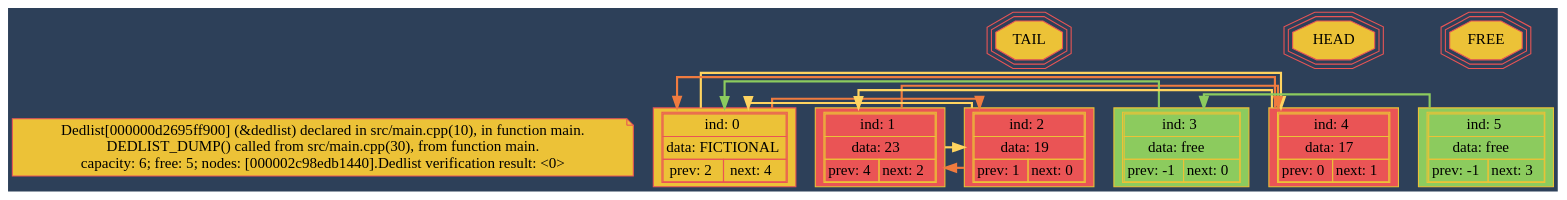
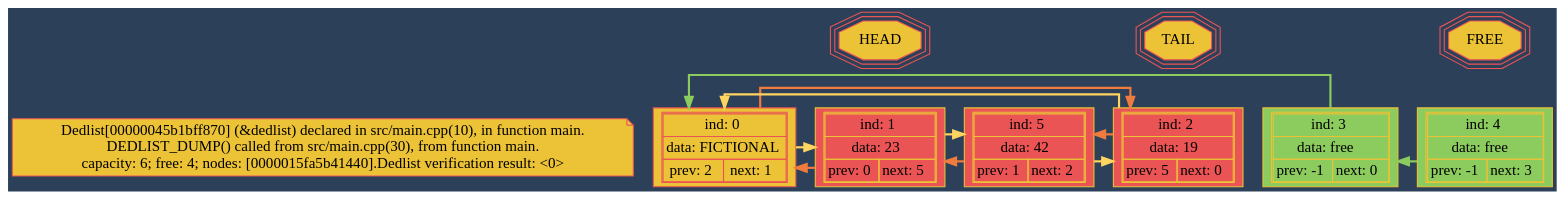
The diagram in dumps/dedlist_dump.dot (Feanor-19/dedlist), drawn with Graphviz before and after one commit. The commit also changed 4 other files, not shown here.

```diff
--- a/dumps/dedlist_dump.dot
+++ b/dumps/dedlist_dump.dot
@@ -1,99 +1,99 @@
 digraph{
 splines=ortho;
 bgcolor="#2D4059";
 
 
 NODE_TEXT[shape=note, fontname="verdana",
 style=bold, style=filled,
 color="#EA5455", fillcolor="#ECC237",
-label = "Dedlist[000000d2695ff900] (&dedlist) declared in src/main.cpp(10), in function main.\nDEDLIST_DUMP() called from src/main.cpp(30), from function main.\ncapacity: 6; free: 5; nodes: [000002c98edb1440].Dedlist verification result: <0>
+label = "Dedlist[00000045b1bff870] (&dedlist) declared in src/main.cpp(10), in function main.\nDEDLIST_DUMP() called from src/main.cpp(30), from function main.\ncapacity: 6; free: 4; nodes: [0000015fa5b41440].Dedlist verification result: <0>
 "]
 
 
 NODE_0[shape="record", fontname="verdana",
 style=bold, style=filled,
 color="#EA5455", fillcolor="#ECC237",
 label = <<table cellspacing="0">
 <tr><td colspan="2">ind: 0</td></tr>
 <tr><td colspan="2">data: FICTIONAL</td></tr>
-<tr><td>prev: 2</td><td>next: 4</td></tr></table>>];
+<tr><td>prev: 2</td><td>next: 1</td></tr></table>>];
 
 
 NODE_1[shape="record", fontname="verdana",
 style=bold, style=filled,
 color="#ECC237", fillcolor="#EA5455",
 label = <<table cellspacing="0">
 <tr><td colspan="2">ind: 1</td></tr>
 <tr><td colspan="2">data: 23</td></tr>
-<tr><td>prev: 4</td><td>next: 2</td></tr></table>>];
+<tr><td>prev: 0</td><td>next: 5</td></tr></table>>];
 
 NODE_2[shape="record", fontname="verdana",
 style=bold, style=filled,
 color="#ECC237", fillcolor="#EA5455",
 label = <<table cellspacing="0">
 <tr><td colspan="2">ind: 2</td></tr>
 <tr><td colspan="2">data: 19</td></tr>
-<tr><td>prev: 1</td><td>next: 0</td></tr></table>>];
+<tr><td>prev: 5</td><td>next: 0</td></tr></table>>];
 
 NODE_3[shape="record", fontname="verdana",
 style=bold, style=filled,
 color="#ECC237", fillcolor="#8ccb5e",
 label = <<table cellspacing="0">
 <tr><td colspan="2">ind: 3</td></tr>
 <tr><td colspan="2">data: free</td></tr>
 <tr><td>prev: -1</td><td>next: 0</td></tr></table>>];
 
 NODE_4[shape="record", fontname="verdana",
 style=bold, style=filled,
-color="#ECC237", fillcolor="#EA5455",
+color="#ECC237", fillcolor="#8ccb5e",
 label = <<table cellspacing="0">
 <tr><td colspan="2">ind: 4</td></tr>
-<tr><td colspan="2">data: 17</td></tr>
-<tr><td>prev: 0</td><td>next: 1</td></tr></table>>];
+<tr><td colspan="2">data: free</td></tr>
+<tr><td>prev: -1</td><td>next: 3</td></tr></table>>];
 
 NODE_5[shape="record", fontname="verdana",
 style=bold, style=filled,
-color="#ECC237", fillcolor="#8ccb5e",
+color="#ECC237", fillcolor="#EA5455",
 label = <<table cellspacing="0">
 <tr><td colspan="2">ind: 5</td></tr>
-<tr><td colspan="2">data: free</td></tr>
-<tr><td>prev: -1</td><td>next: 3</td></tr></table>>];
+<tr><td colspan="2">data: 42</td></tr>
+<tr><td>prev: 1</td><td>next: 2</td></tr></table>>];
 
 HEAD[shape=tripleoctagon, style=filled,
 fontname="verdana", color="#EA5455", fillcolor="#ECC237"];
 
 TAIL[shape=tripleoctagon, style=filled,
 fontname="verdana", color="#EA5455", fillcolor="#ECC237"];
 
 FREE[shape=tripleoctagon, style=filled,
 fontname="verdana", color="#EA5455", fillcolor="#ECC237"];
 
 
 {rank=same; NODE_TEXT NODE_0 NODE_1 NODE_2 NODE_3 NODE_4 NODE_5 }
 NODE_TEXT->NODE_0[weight=10, style=invis];
 NODE_0->NODE_1[weight=10, style=invis];
 NODE_1->NODE_2[weight=10, style=invis];
 NODE_2->NODE_3[weight=10, style=invis];
 NODE_3->NODE_4[weight=10, style=invis];
 NODE_4->NODE_5[weight=10, style=invis];
-HEAD->NODE_4[style=invis];
+HEAD->NODE_1[style=invis];
 TAIL->NODE_2[style=invis];
-FREE->NODE_5[style=invis];
+FREE->NODE_4[style=invis];
 
 
 NODE_0->NODE_2[color="#F07B3F", penwidth=2];
-NODE_0->NODE_4[color="#FFD460", penwidth=2];
+NODE_0->NODE_1[color="#FFD460", penwidth=2];
 
-NODE_1->NODE_4[color="#F07B3F", penwidth=2];
-NODE_1->NODE_2[color="#FFD460", penwidth=2];
+NODE_1->NODE_0[color="#F07B3F", penwidth=2];
+NODE_1->NODE_5[color="#FFD460", penwidth=2];
 
-NODE_2->NODE_1[color="#F07B3F", penwidth=2];
+NODE_2->NODE_5[color="#F07B3F", penwidth=2];
 NODE_2->NODE_0[color="#FFD460", penwidth=2];
 
 NODE_3->NODE_0[color="#8ccb5e", penwidth=2];
-NODE_4->NODE_0[color="#F07B3F", penwidth=2];
-NODE_4->NODE_1[color="#FFD460", penwidth=2];
+NODE_4->NODE_3[color="#8ccb5e", penwidth=2];
+NODE_5->NODE_1[color="#F07B3F", penwidth=2];
+NODE_5->NODE_2[color="#FFD460", penwidth=2];
 
-NODE_5->NODE_3[color="#8ccb5e", penwidth=2];
 
 }
```
